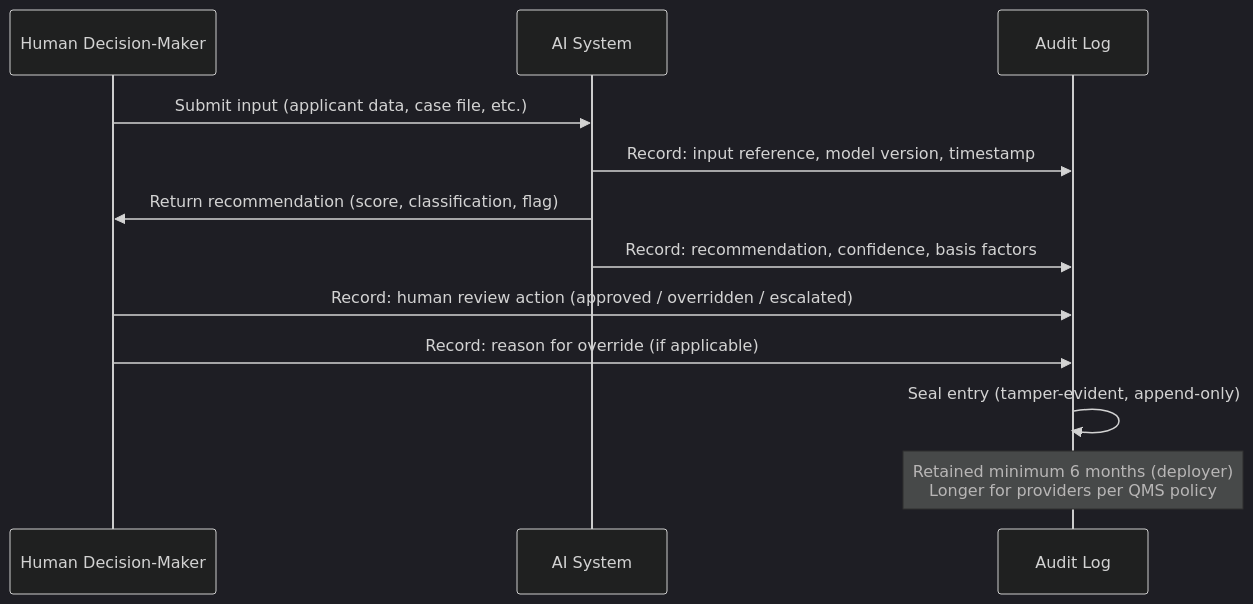
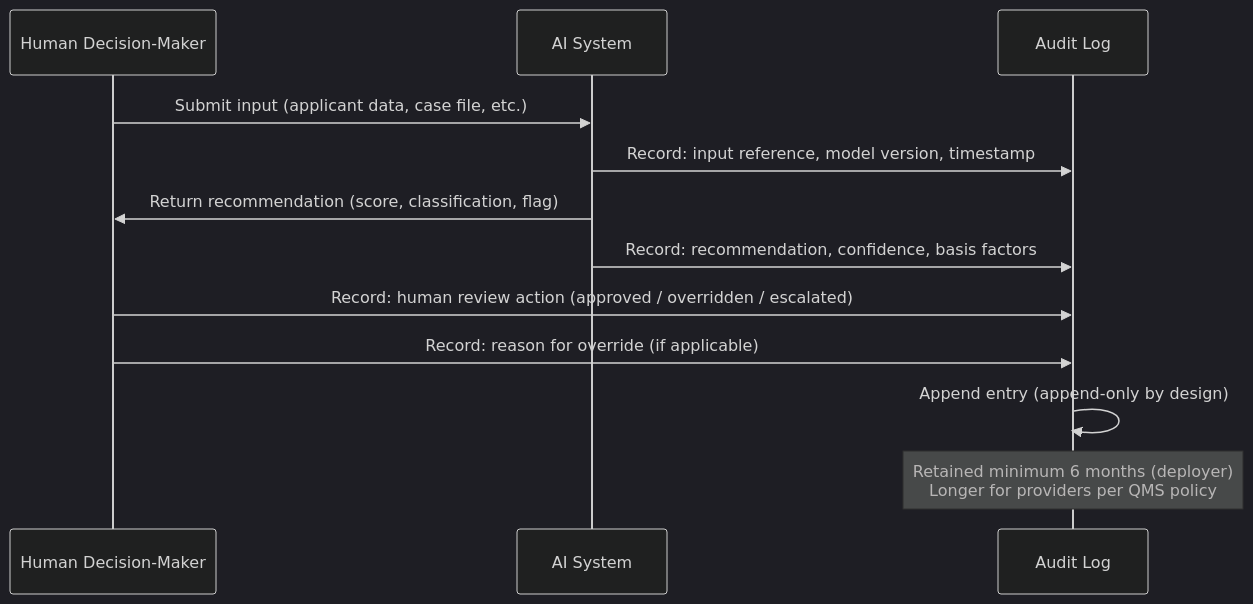
The diagram in book/ch12-article-12-logging.md (S0tman/irp-capture), drawn with Mermaid (dark theme) before and after one commit. The commit also changed other lines of this file and 7 other files, not shown here.

First line of the commit message:
PR1b: sweep residual "immutable"/"tamper-evident" from book narrative

````diff
--- a/book/ch12-article-12-logging.md
+++ b/book/ch12-article-12-logging.md
@@ -41,15 +41,15 @@
 ```mermaid
 sequenceDiagram
     participant User as Human Decision-Maker
     participant System as AI System
     participant Log as Audit Log
 
     User->>System: Submit input (applicant data, case file, etc.)
     System->>Log: Record: input reference, model version, timestamp
     System->>User: Return recommendation (score, classification, flag)
     System->>Log: Record: recommendation, confidence, basis factors
     User->>Log: Record: human review action (approved / overridden / escalated)
     User->>Log: Record: reason for override (if applicable)
-    Log->>Log: Seal entry (tamper-evident, append-only)
+    Log->>Log: Append entry (append-only by design)
     Note over Log: Retained minimum 6 months (deployer)<br/>Longer for providers per QMS policy
 ```
````
